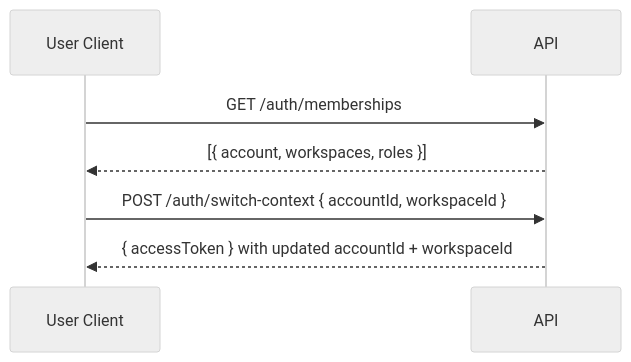
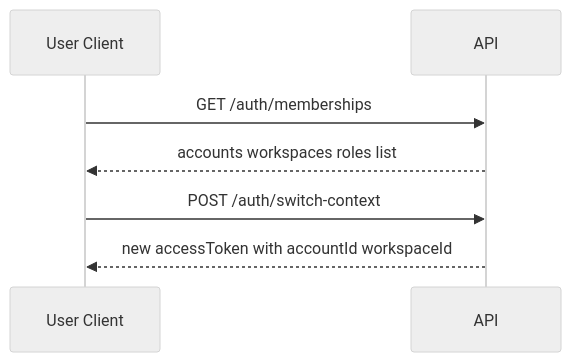
The eighth of 9 diagrams in ARCHITECTURE.md (prem2282/trubot_task_manager), drawn with Mermaid (neutral theme) before and after one commit. The commit also changed other lines of this file, not shown here.

Commit message:
fixed mermaid diagram systax in ARCHITECTURE.MD

````diff
--- a/ARCHITECTURE.md
+++ b/ARCHITECTURE.md
@@ -541,11 +541,11 @@
 ```mermaid
 sequenceDiagram
     participant U as User Client
     participant A as API
 
     U->>A: GET /auth/memberships
-    A-->>U: [{ account, workspaces, roles }]
+    A-->>U: accounts workspaces roles list
 
-    U->>A: POST /auth/switch-context { accountId, workspaceId }
-    A-->>U: { accessToken } with updated accountId + workspaceId
+    U->>A: POST /auth/switch-context
+    A-->>U: new accessToken with accountId workspaceId
 ```
````
